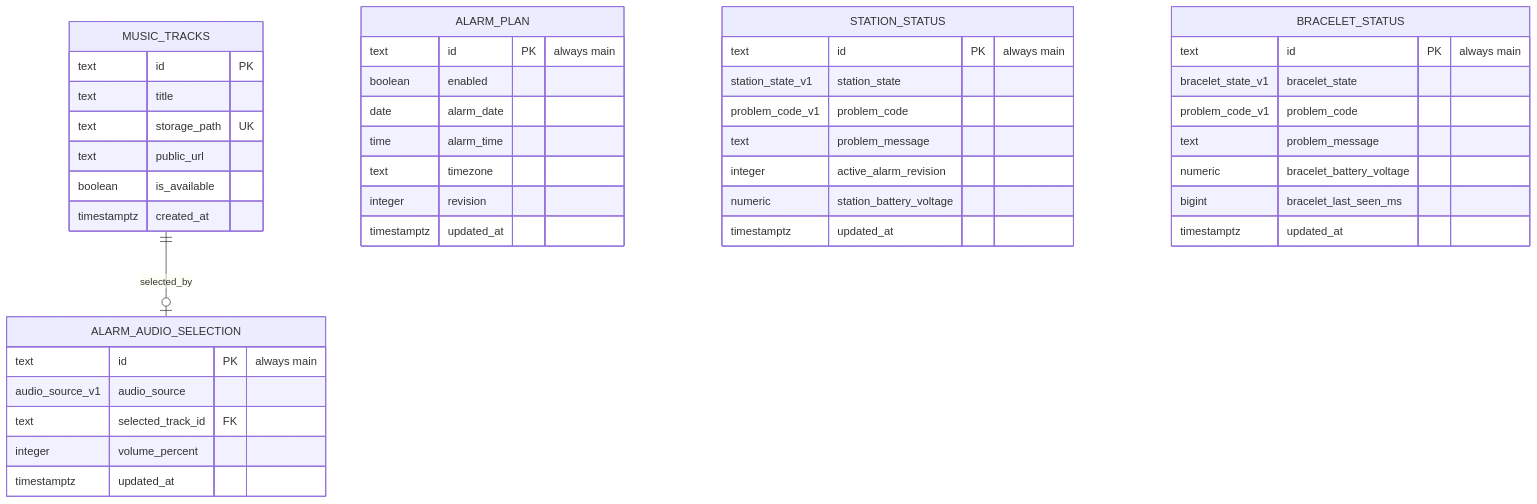
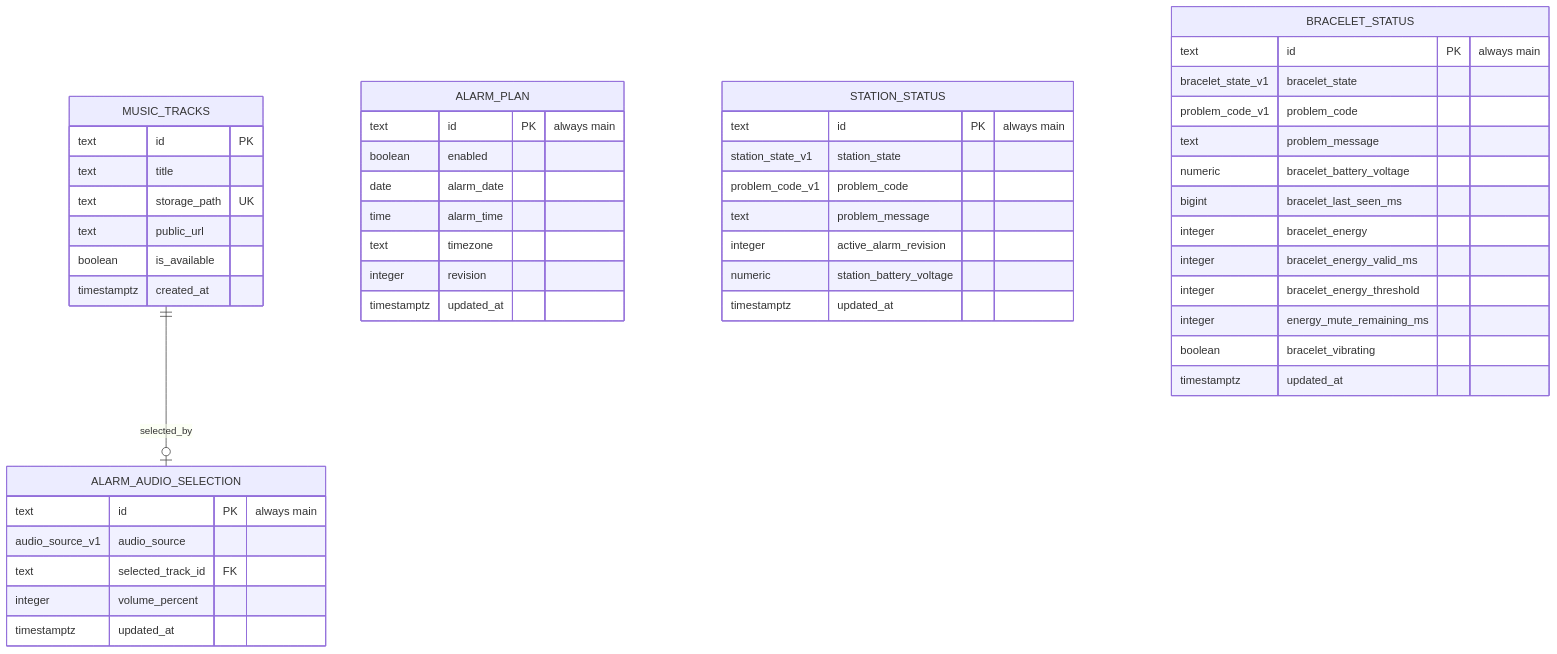
The diagram in database/supabase/README.md (Jzn-wbr/Starter), drawn with Mermaid before and after one commit. The commit also changed other lines of this file and 23 other files, not shown here.

````diff
--- a/database/supabase/README.md
+++ b/database/supabase/README.md
@@ -33,51 +34,56 @@
 ```mermaid
 erDiagram
   MUSIC_TRACKS {
     text id PK
     text title
     text storage_path UK
     text public_url
     boolean is_available
     timestamptz created_at
   }
 
   ALARM_PLAN {
     text id PK "always main"
     boolean enabled
     date alarm_date
     time alarm_time
     text timezone
     integer revision
     timestamptz updated_at
   }
 
   ALARM_AUDIO_SELECTION {
     text id PK "always main"
     audio_source_v1 audio_source
     text selected_track_id FK
     integer volume_percent
     timestamptz updated_at
   }
 
   STATION_STATUS {
     text id PK "always main"
     station_state_v1 station_state
     problem_code_v1 problem_code
     text problem_message
     integer active_alarm_revision
     numeric station_battery_voltage
     timestamptz updated_at
   }
 
   BRACELET_STATUS {
     text id PK "always main"
     bracelet_state_v1 bracelet_state
     problem_code_v1 problem_code
     text problem_message
     numeric bracelet_battery_voltage
     bigint bracelet_last_seen_ms
+    integer bracelet_energy
+    integer bracelet_energy_valid_ms
+    integer bracelet_energy_threshold
+    integer energy_mute_remaining_ms
+    boolean bracelet_vibrating
     timestamptz updated_at
   }
 
   MUSIC_TRACKS ||--o| ALARM_AUDIO_SELECTION : selected_by
 ```
````
